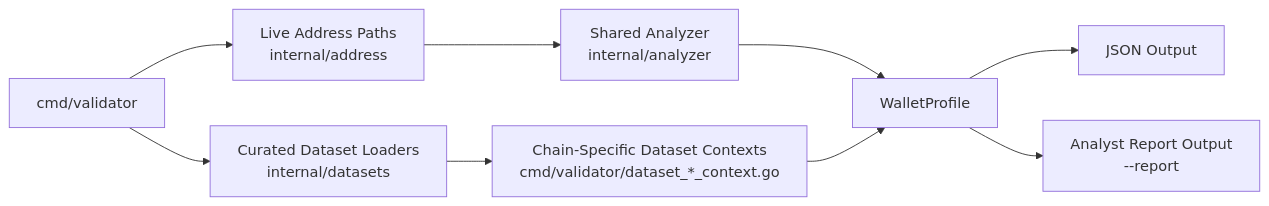
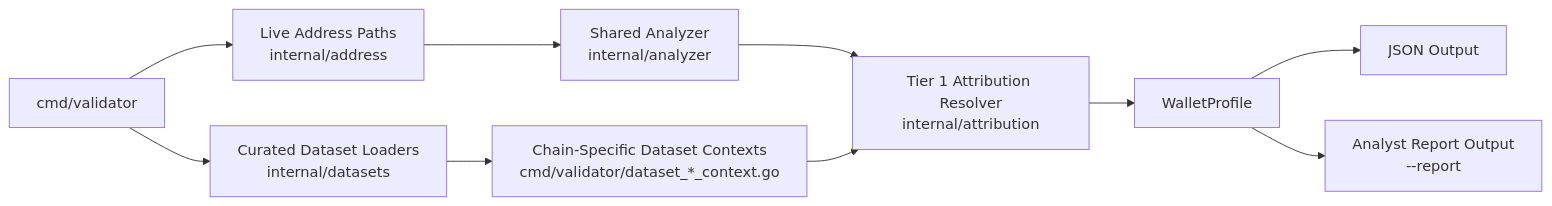
Before and after one commit to piyushdaiya/crypto-profiler: the first of 2 diagrams in ARCHITECTURE.md, drawn with Mermaid. The commit also changed other lines of this file and 21 other files, not shown here.

Commit message:
feat: add tier1 attribution framework and report-aware scoring

````diff
--- a/ARCHITECTURE.md
+++ b/ARCHITECTURE.md
@@ -116,11 +122,12 @@
 ```mermaid
 flowchart LR
     A["cmd/validator"] --> B["Live Address Paths<br/>internal/address"]
     A --> C["Curated Dataset Loaders<br/>internal/datasets"]
     B --> D["Shared Analyzer<br/>internal/analyzer"]
     C --> E["Chain-Specific Dataset Contexts<br/>cmd/validator/dataset_*_context.go"]
-    D --> F["WalletProfile"]
+    D --> F["Tier 1 Attribution Resolver<br/>internal/attribution"]
     E --> F
-    F --> G["JSON Output"]
-    F --> H["Analyst Report Output<br/>--report"]
+    F --> G["WalletProfile"]
+    G --> H["JSON Output"]
+    G --> I["Analyst Report Output<br/>--report"]
 ```
````
